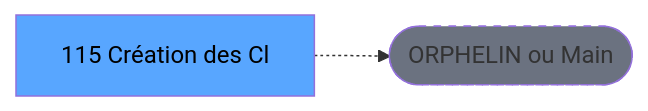
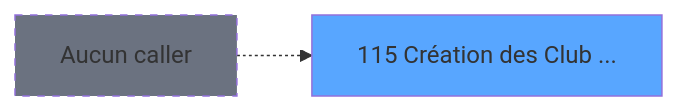
Before and after one commit to thonyAGP/magic-migration: the second of 3 diagrams in .openspec/specs/ADH-IDE-115.md, drawn with Mermaid. The commit also changed other lines of this file and 493 other files, not shown here.

````diff
--- a/.openspec/specs/ADH-IDE-115.md
+++ b/.openspec/specs/ADH-IDE-115.md
@@ -123,8 +275,8 @@
 ```mermaid
 graph LR
-    T[115 Création des Cl]
-    ORPHAN([ORPHELIN ou Main])
-    T -.-> ORPHAN
-    style T fill:#58a6ff,color:#000
-    style ORPHAN fill:#6b7280,stroke-dasharray: 5 5
+    T115[115 Création des Club ...]
+    style T115 fill:#58a6ff
+    NONE[Aucun caller]
+    NONE -.-> T115
+    style NONE fill:#6b7280,stroke-dasharray: 5 5
 ```
````
